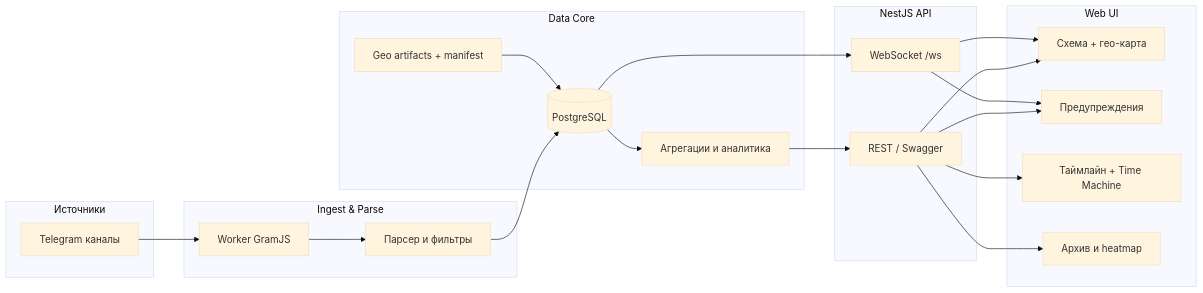
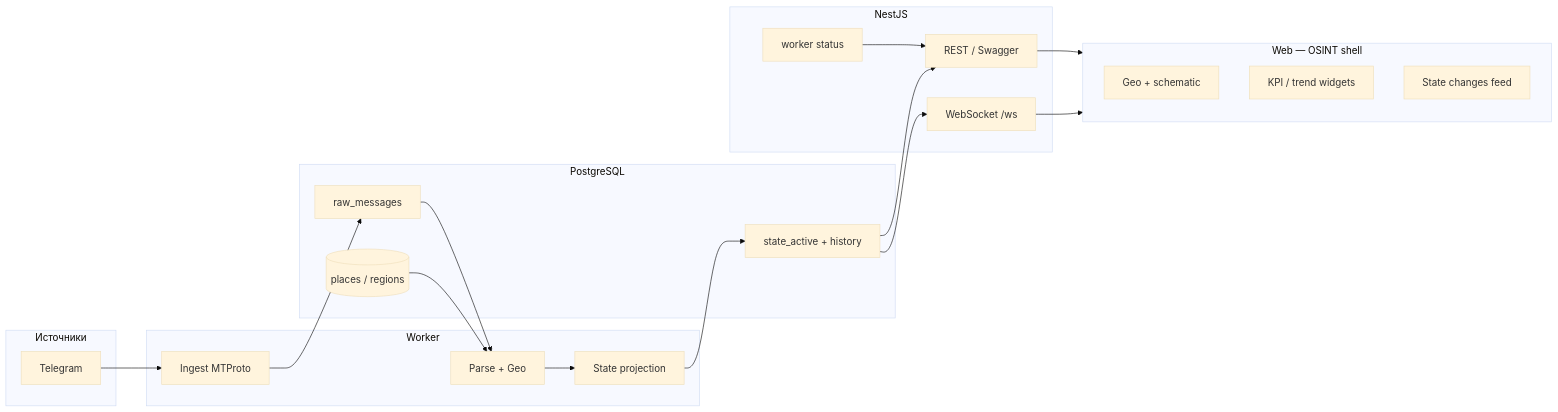
The diagram in README.md (exclusiveLogin/radar), drawn with Mermaid (base theme) before and after one commit. The commit also changed other lines of this file and 62 other files, not shown here.

First line of the commit message:
feat(web+worker+api): OSINT dashboard redesign, live ingest, map projection fixes

````diff
--- a/README.md
+++ b/README.md
@@ -53,40 +88,39 @@
 ```mermaid
 flowchart LR
   subgraph src[Источники]
-    TG[Telegram каналы]
+    TG[Telegram]
   end
 
-  subgraph ingest[Ingest & Parse]
-    W[Worker GramJS]
-    NLP[Парсер и фильтры]
+  subgraph worker[Worker]
+    ING[Ingest MTProto]
+    PAR[Parse + Geo]
+    PRJ[State projection]
   end
 
-  subgraph data[Data Core]
-    DB[(PostgreSQL)]
-    GEO[Geo artifacts + manifest]
-    ANA[Агрегации и аналитика]
+  subgraph data[PostgreSQL]
+    RAW[raw_messages]
+    ST[state_active + history]
+    GEO[(places / regions)]
   end
 
-  subgraph api[NestJS API]
+  subgraph api[NestJS]
     REST[REST / Swagger]
     WS[WebSocket /ws]
+    PROBE[worker status]
   end
 
-  subgraph ui[Web UI]
-    MAP[Схема + гео-карта]
-    WARN[Предупреждения]
-    TL[Таймлайн + Time Machine]
-    ARC[Архив и heatmap]
+  subgraph ui[Web — OSINT shell]
+    MAP[Geo + schematic]
+    KPI[KPI / trend widgets]
+    FEED[State changes feed]
   end
 
-  TG --> W --> NLP --> DB
-  GEO --> DB
-  DB --> ANA --> REST
-  DB --> WS
-  REST --> MAP
-  WS --> MAP
-  REST --> WARN
-  WS --> WARN
-  REST --> TL
-  REST --> ARC
+  TG --> ING --> RAW
+  RAW --> PAR --> PRJ --> ST
+  GEO --> PAR
+  ST --> REST
+  ST --> WS
+  REST --> ui
+  WS --> ui
+  PROBE --> REST
 ```
````
